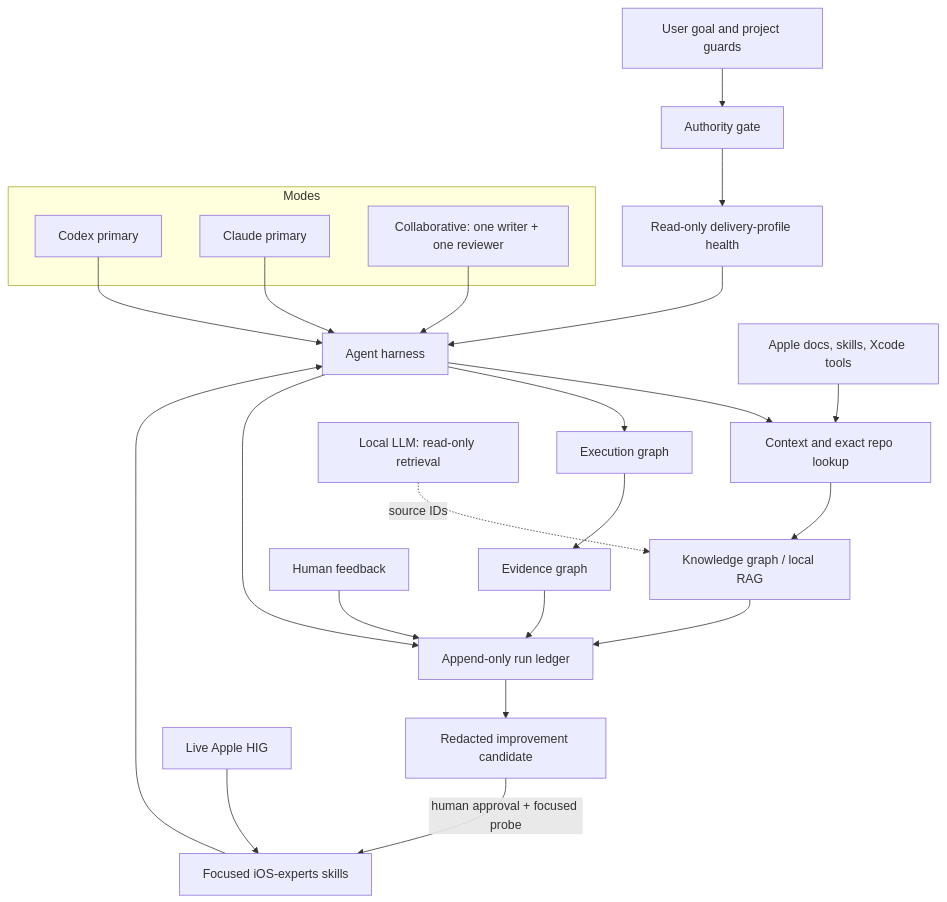
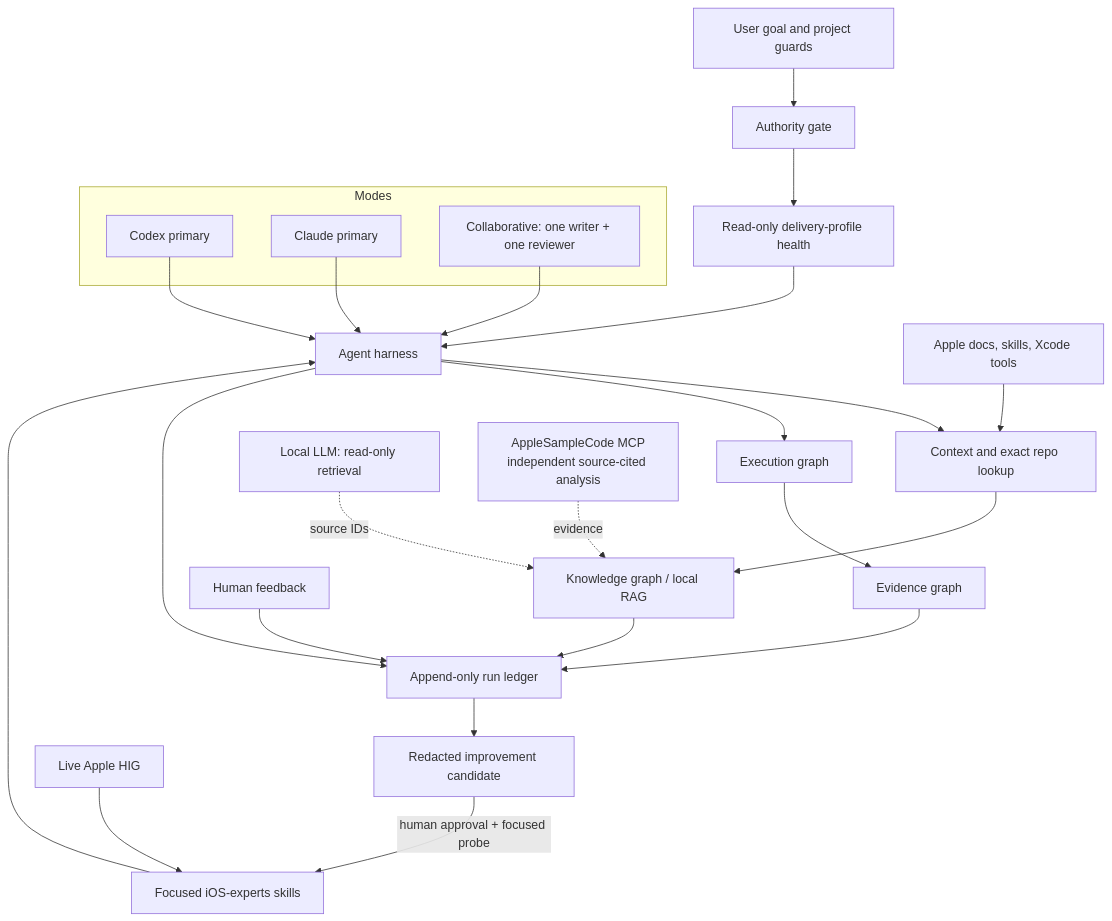
One commit to ShawnBaek/ai-workflow-apple-platform-engineer changed the first of 3 diagrams in README.md. Above: the diagram before and after it, drawn with Mermaid. The commit also changed other lines of this file and 9 other files, not shown here.

First line of the commit message:
feat(harness): Add AppleSampleCode MCP retrieval

````diff
--- a/README.md
+++ b/README.md
@@ -47,31 +49,32 @@
 ```mermaid
 flowchart TB
     U[User goal and project guards] --> A[Authority gate]
     A --> HC[Read-only delivery-profile health]
     HC --> H[Agent harness]
     H --> C[Context and exact repo lookup]
     H --> X[Execution graph]
     H --> L[Append-only run ledger]
     C --> K[Knowledge graph / local RAG]
     X --> E[Evidence graph]
     K --> L
     E --> L
     F[Human feedback] --> L
     L --> IC[Redacted improvement candidate]
     IC -->|human approval + focused probe| SP
 
     subgraph Modes
       CX[Codex primary]
       CL[Claude primary]
       CO[Collaborative: one writer + one reviewer]
     end
 
     CX --> H
     CL --> H
     CO --> H
     O[Local LLM: read-only retrieval] -. source IDs .-> K
 
     AP[Apple docs, skills, Xcode tools] --> C
+    AS[AppleSampleCode MCP<br/>independent source-cited analysis] -. evidence .-> K
     HG[Live Apple HIG] --> SP
     SP[Focused iOS-experts skills] --> H
 ```
````
